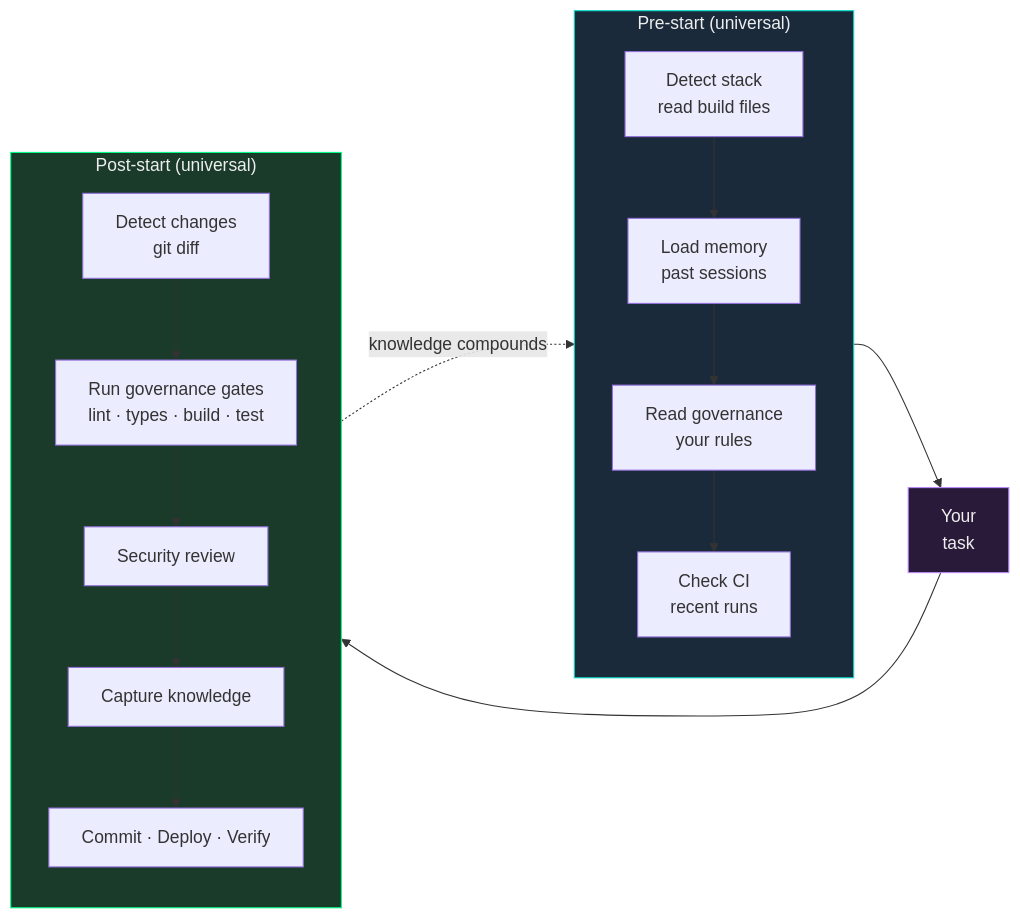
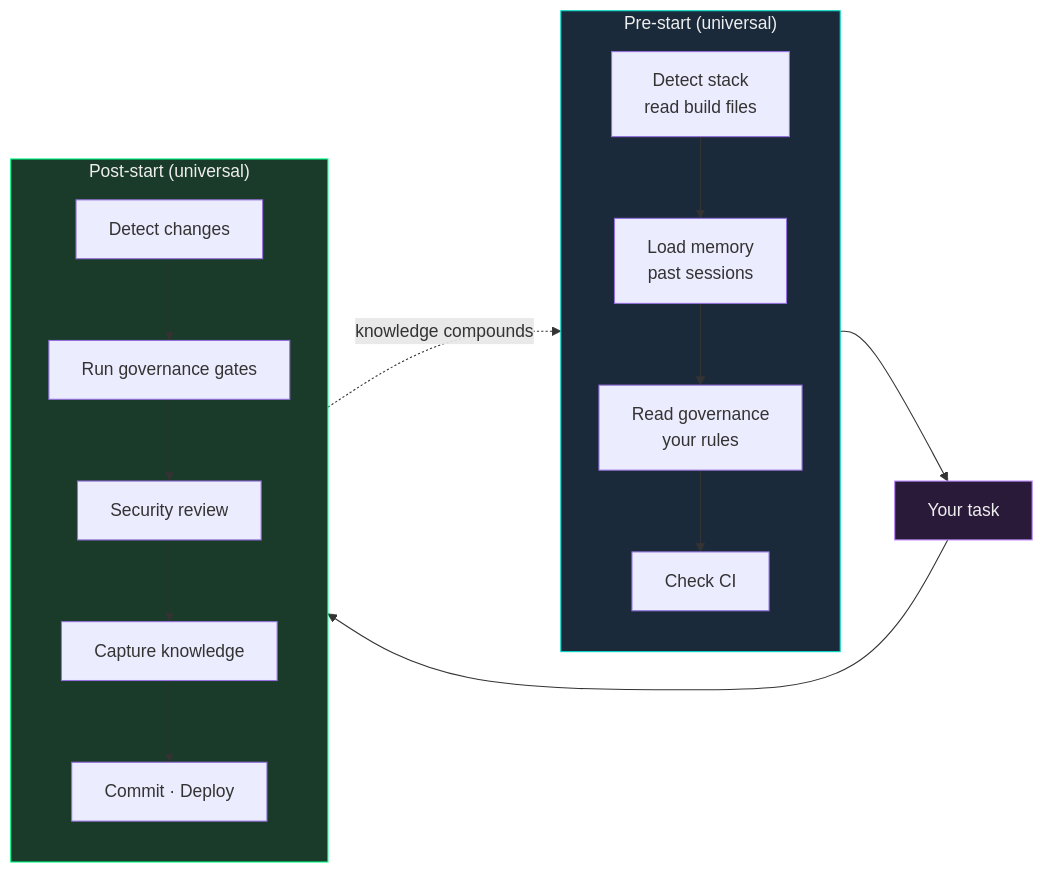
Before and after one commit to WhitehatD/crag: the fourth of 4 diagrams in README.md, drawn with Mermaid. The commit also changed other lines of this file and 2 other files, not shown here.

````diff
--- a/README.md
+++ b/README.md
@@ -81,30 +223,30 @@
 ```mermaid
 flowchart LR
     subgraph PRE["Pre-start (universal)"]
         direction TB
         P1["Detect stack\nread build files"]
         P2["Load memory\npast sessions"]
         P3["Read governance\nyour rules"]
-        P4["Check CI\nrecent runs"]
+        P4["Check CI"]
         P1 --> P2 --> P3 --> P4
     end
 
-    TASK["Your\ntask"]
+    TASK["Your task"]
 
     subgraph POST["Post-start (universal)"]
         direction TB
-        V1["Detect changes\ngit diff"]
-        V2["Run governance gates\nlint · types · build · test"]
+        V1["Detect changes"]
+        V2["Run governance gates"]
         V3["Security review"]
         V4["Capture knowledge"]
-        V5["Commit · Deploy · Verify"]
+        V5["Commit · Deploy"]
         V1 --> V2 --> V3 --> V4 --> V5
     end
 
     PRE --> TASK --> POST
     POST -.->|"knowledge compounds"| PRE
 
     style PRE fill:#1a2a3a,stroke:#03dac6,color:#eee
     style TASK fill:#2a1a3a,stroke:#bb86fc,color:#eee
     style POST fill:#1a3a2a,stroke:#00ff88,color:#eee
 ```
````
